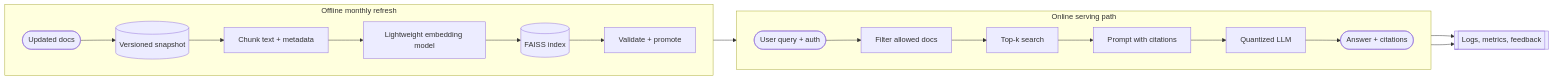
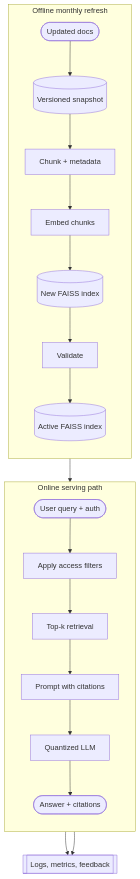
One commit to dacrylic/internal-docs-qa-pipeline changed the diagram in part-a-system-design.md. Above: the diagram before and after it, drawn with Mermaid.

Commit message:
Improve system design diagram readability

````diff
--- a/part-a-system-design.md
+++ b/part-a-system-design.md
@@ -18,24 +18,25 @@
 ```mermaid
-flowchart LR
+flowchart TB
   subgraph Offline["Offline monthly refresh"]
-    direction LR
+    direction TB
     A([Updated docs]) --> B[(Versioned snapshot)]
-    B --> C[Chunk text + metadata]
-    C --> D[Lightweight embedding model]
-    D --> E[(FAISS index)]
-    E --> F[Validate + promote]
+    B --> C[Chunk + metadata]
+    C --> D[Embed chunks]
+    D --> E[(New FAISS index)]
+    E --> F[Validate]
+    F --> G[(Active FAISS index)]
   end
 
   subgraph Online["Online serving path"]
-    direction LR
-    G([User query + auth]) --> H[Filter allowed docs]
-    H --> I[Top-k search]
-    I --> J[Prompt with citations]
-    J --> K[Quantized LLM]
-    K --> L([Answer + citations])
+    direction TB
+    H([User query + auth]) --> I[Apply access filters]
+    I --> J[Top-k retrieval]
+    J --> K[Prompt with citations]
+    K --> L[Quantized LLM]
+    L --> M([Answer + citations])
   end
 
-  F --> I
-  I --> M[[Logs, metrics, feedback]]
-  L --> M
+  G --> J
+  J --> N[[Logs, metrics, feedback]]
+  M --> N
 ```
````
